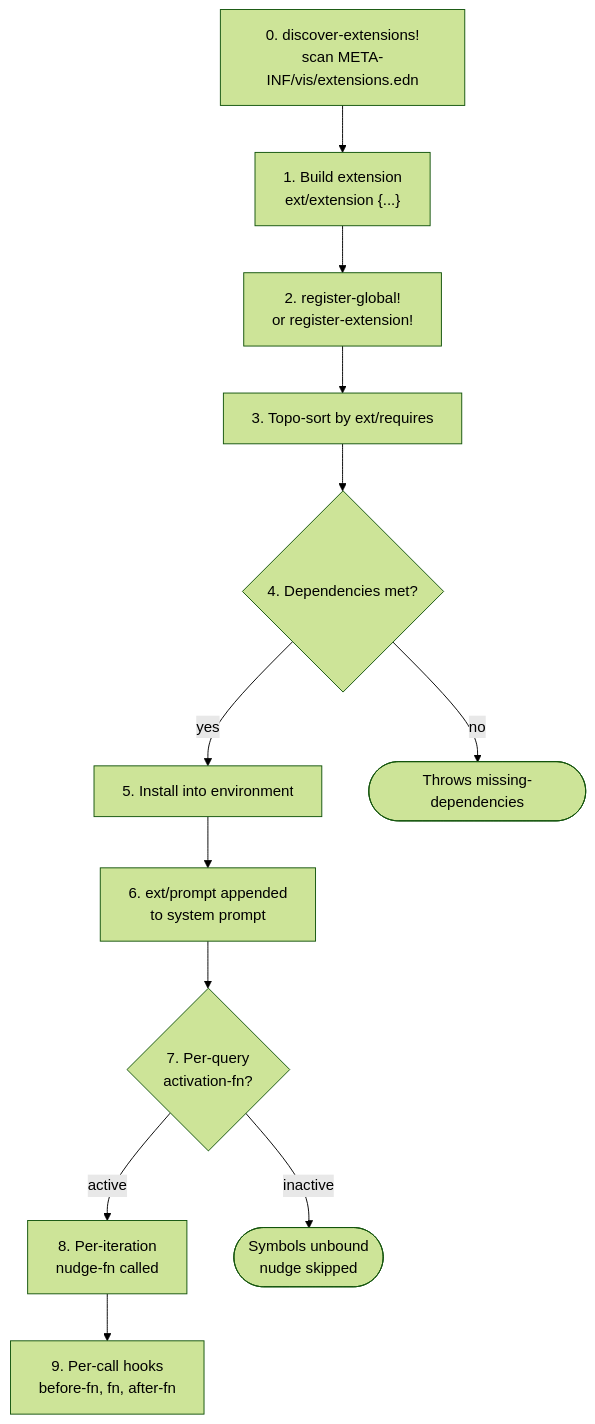
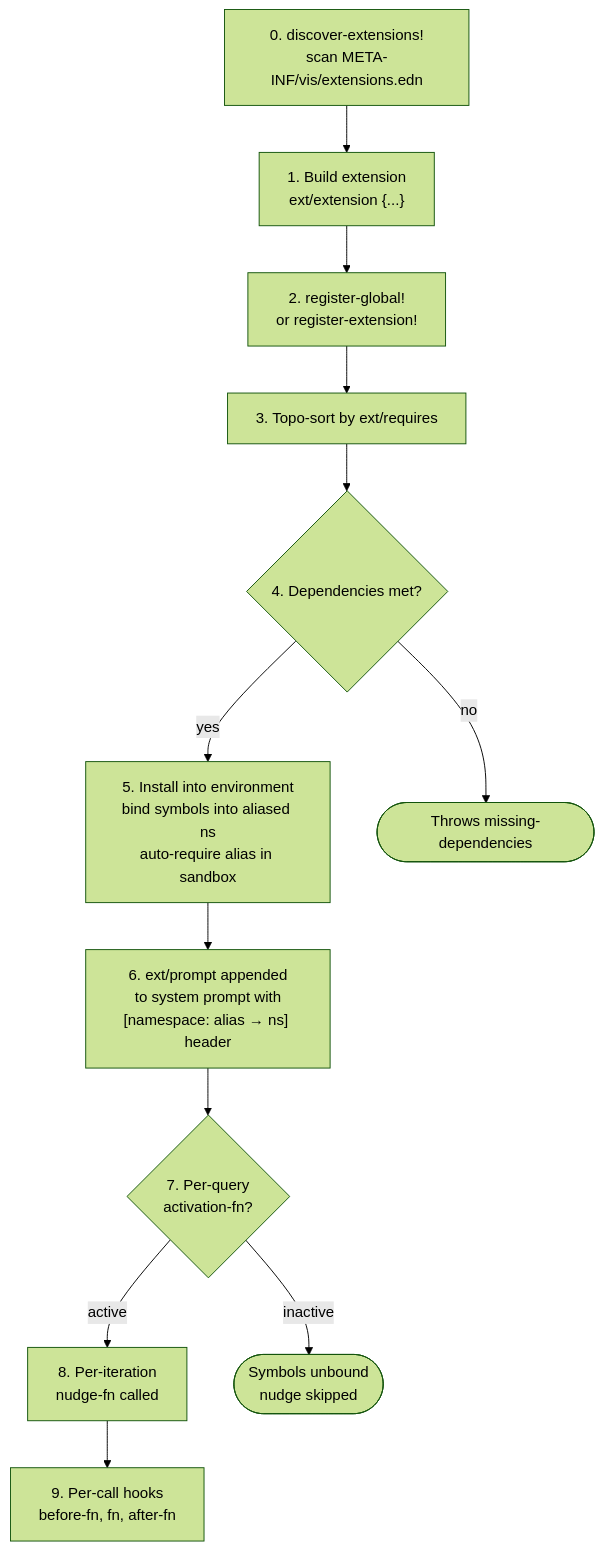
Before and after one commit to Blockether/vis: the diagram in resources/docs/src/extensions/overview.md, drawn with Mermaid (forest theme). The commit also changed other lines of this file and 7 other files, not shown here.

````diff
--- a/resources/docs/src/extensions/overview.md
+++ b/resources/docs/src/extensions/overview.md
@@ -106,16 +106,16 @@
 ```mermaid
 flowchart TD
     Discover["0. discover-extensions!<br/>scan META-INF/vis/extensions.edn"] --> Build
     Build["1. Build extension<br/>ext/extension {...}"] --> Global
     Global["2. register-global!<br/>or register-extension!"] --> Topo
     Topo["3. Topo-sort by ext/requires"] --> Deps
     Deps{"4. Dependencies met?"}
-    Deps -->|yes| Install["5. Install into environment"]
+    Deps -->|yes| Install["5. Install into environment<br/>bind symbols into aliased ns<br/>auto-require alias in sandbox"]
     Deps -->|no| Fail(["Throws missing-dependencies"])
-    Install --> Prompt["6. ext/prompt appended<br/>to system prompt"]
+    Install --> Prompt["6. ext/prompt appended<br/>to system prompt with<br/>[namespace: alias → ns] header"]
     Prompt --> Activate
     Activate{"7. Per-query<br/>activation-fn?"}
     Activate -->|active| Nudge["8. Per-iteration<br/>nudge-fn called"]
     Activate -->|inactive| Skip(["Symbols unbound<br/>nudge skipped"])
     Nudge --> Hooks["9. Per-call hooks<br/>before-fn, fn, after-fn"]
 ```
````
